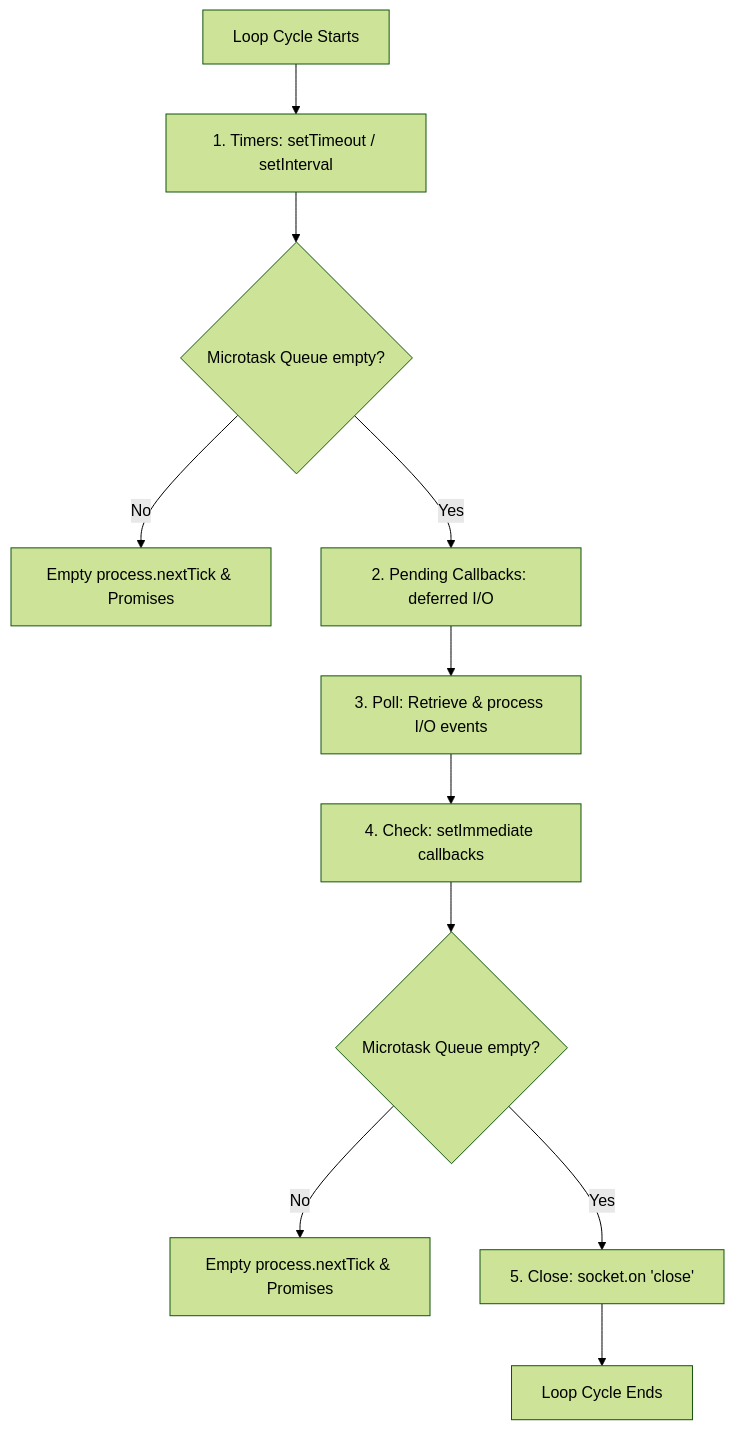
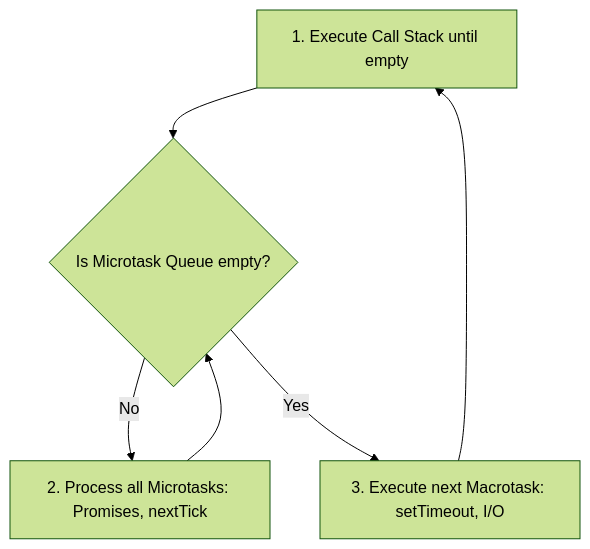
The diagram in 07_advanced_runtimes_and_compilers/01_advanced_python_node_typescript.md (AD0791/interviewprep), drawn with Mermaid (forest theme) before and after one commit. The commit also changed other lines of this file and 7 other files, not shown here.

````diff
--- a/07_advanced_runtimes_and_compilers/01_advanced_python_node_typescript.md
+++ b/07_advanced_runtimes_and_compilers/01_advanced_python_node_typescript.md
@@ -45,13 +27,8 @@
 ```mermaid
 graph TD
-    Start[Loop Cycle Starts] --> Timers[1. Timers: setTimeout / setInterval]
-    Timers --> CheckMicro1{Microtask Queue empty?}
-    CheckMicro1 -->|No| RunMicro1[Empty process.nextTick & Promises]
-    CheckMicro1 -->|Yes| Pending[2. Pending Callbacks: deferred I/O]
-    Pending --> Poll[3. Poll: Retrieve & process I/O events]
-    Poll --> Check[4. Check: setImmediate callbacks]
-    Check --> CheckMicro2{Microtask Queue empty?}
-    CheckMicro2 -->|No| RunMicro2[Empty process.nextTick & Promises]
-    CheckMicro2 -->|Yes| Close[5. Close: socket.on 'close']
-    Close --> End[Loop Cycle Ends]
+    Stack[1. Execute Call Stack until empty] --> MicrotaskCheck{Is Microtask Queue empty?}
+    MicrotaskCheck -->|No| ProcessMicro[2. Process all Microtasks: Promises, nextTick]
+    ProcessMicro --> MicrotaskCheck
+    MicrotaskCheck -->|Yes| Macrotask[3. Execute next Macrotask: setTimeout, I/O]
+    Macrotask --> Stack
 ```
````
